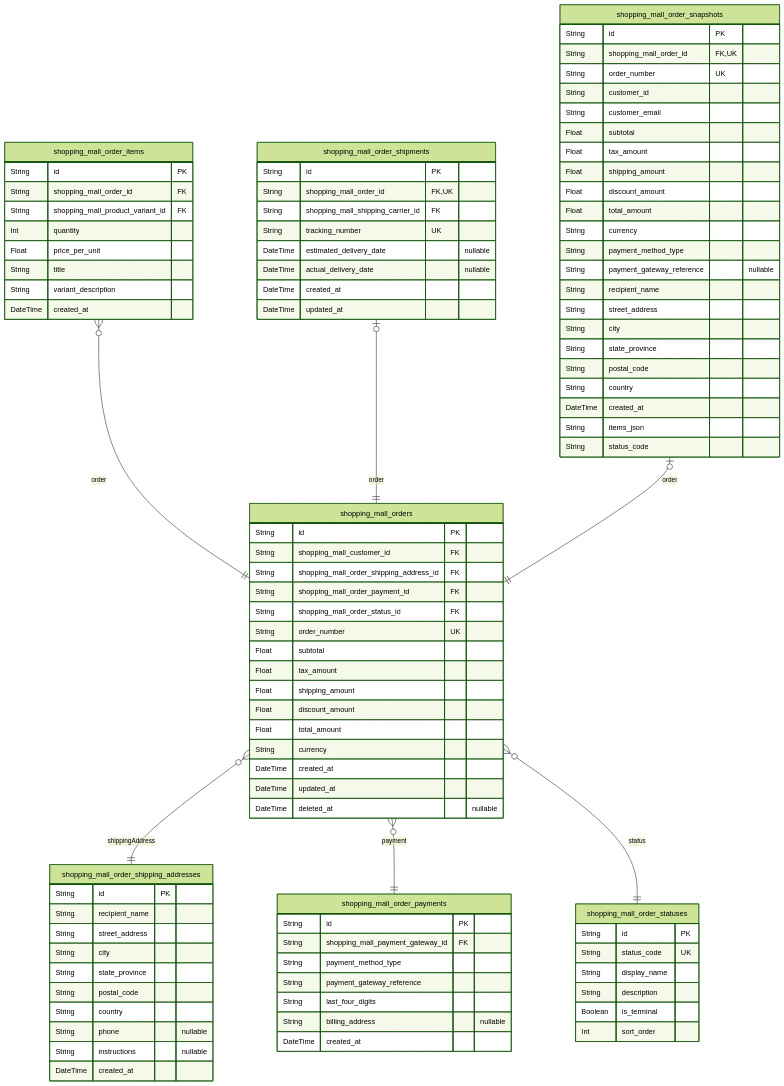
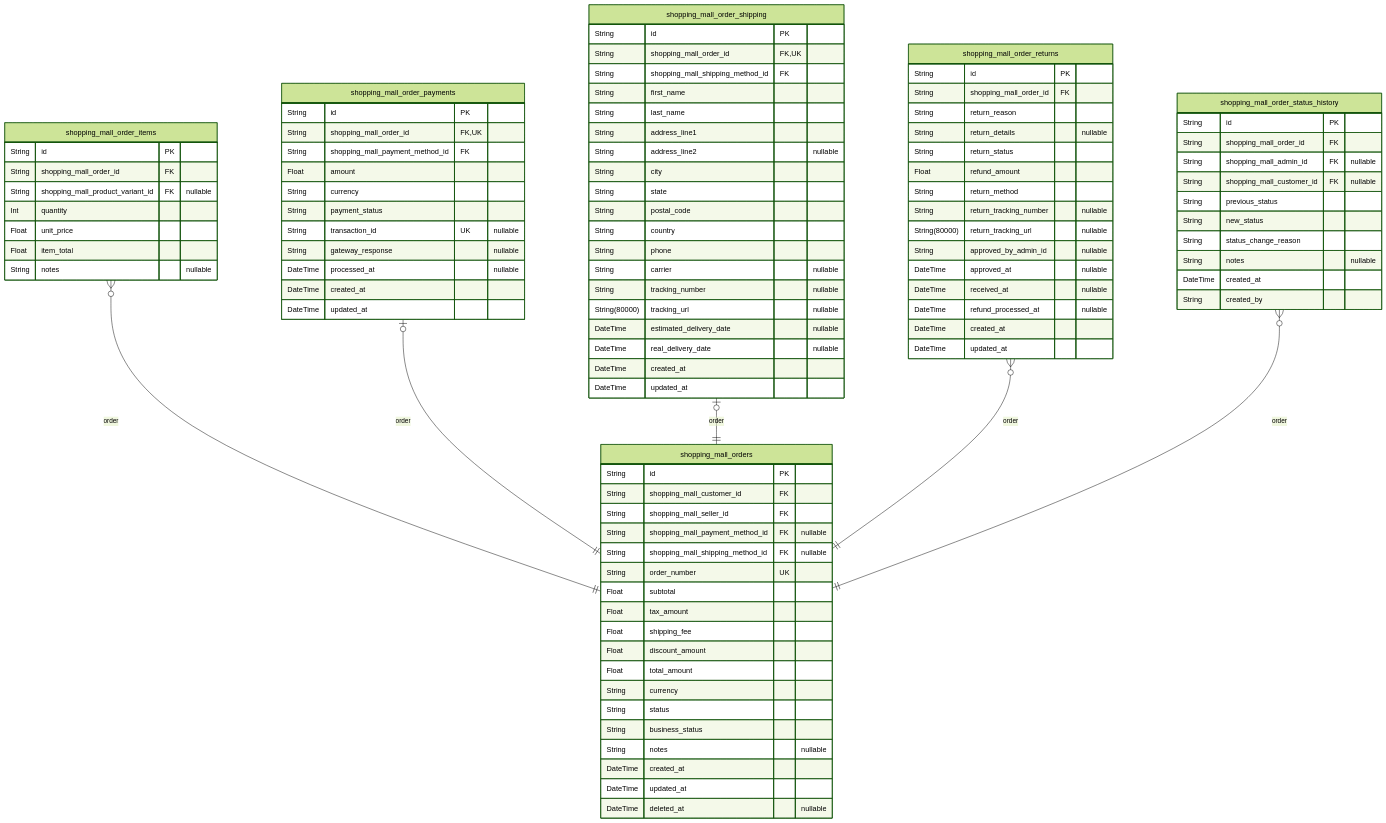
Before and after one commit to wrtnlabs/autobe-examples: the fifth of 10 diagrams in qwen/qwen3-next-80b-a3b-instruct/shopping/docs/ERD.md, drawn with Mermaid (forest theme). The commit also changed other lines of this file and 7173 other files, not shown here.

````diff
--- a/qwen/qwen3-next-80b-a3b-instruct/shopping/docs/ERD.md
+++ b/qwen/qwen3-next-80b-a3b-instruct/shopping/docs/ERD.md
@@ -1013,16 +1020,19 @@
 "shopping_mall_orders" {
   String id PK
   String shopping_mall_customer_id FK
-  String shopping_mall_order_shipping_address_id FK
-  String shopping_mall_order_payment_id FK
-  String shopping_mall_order_status_id FK
+  String shopping_mall_seller_id FK
+  String shopping_mall_payment_method_id FK "nullable"
+  String shopping_mall_shipping_method_id FK "nullable"
   String order_number UK
   Float subtotal
   Float tax_amount
-  Float shipping_amount
+  Float shipping_fee
   Float discount_amount
   Float total_amount
   String currency
+  String status
+  String business_status
+  String notes "nullable"
   DateTime created_at
   DateTime updated_at
   DateTime deleted_at "nullable"
@@ -1030,80 +1040,78 @@
 "shopping_mall_order_items" {
   String id PK
   String shopping_mall_order_id FK
-  String shopping_mall_product_variant_id FK
+  String shopping_mall_product_variant_id FK "nullable"
   Int quantity
-  Float price_per_unit
-  String title
-  String variant_description
-  DateTime created_at
+  Float unit_price
+  Float item_total
+  String notes "nullable"
 }
 "shopping_mall_order_payments" {
   String id PK
-  String shopping_mall_payment_gateway_id FK
-  String payment_method_type
-  String payment_gateway_reference
-  String last_four_digits
-  String billing_address "nullable"
-  DateTime created_at
-}
-"shopping_mall_order_shipping_addresses" {
-  String id PK
-  String recipient_name
-  String street_address
-  String city
-  String state_province
-  String postal_code
-  String country
-  String phone "nullable"
-  String instructions "nullable"
-  DateTime created_at
-}
-"shopping_mall_order_shipments" {
-  String id PK
   String shopping_mall_order_id FK,UK
-  String shopping_mall_shipping_carrier_id FK
-  String tracking_number UK
-  DateTime estimated_delivery_date "nullable"
-  DateTime actual_delivery_date "nullable"
+  String shopping_mall_payment_method_id FK
+  Float amount
+  String currency
+  String payment_status
+  String transaction_id UK "nullable"
+  String gateway_response "nullable"
+  DateTime processed_at "nullable"
   DateTime created_at
   DateTime updated_at
 }
-"shopping_mall_order_statuses" {
-  String id PK
-  String status_code UK
-  String display_name
-  String description
-  Boolean is_terminal
-  Int sort_order
-}
-"shopping_mall_order_snapshots" {
+"shopping_mall_order_shipping" {
   String id PK
   String shopping_mall_order_id FK,UK
-  String order_number UK
-  String customer_id
-  String customer_email
-  Float subtotal
-  Float tax_amount
-  Float shipping_amount
-  Float discount_amount
-  Float total_amount
-  String currency
-  String payment_method_type
-  String payment_gateway_reference "nullable"
-  String recipient_name
-  String street_address
+  String shopping_mall_shipping_method_id FK
+  String first_name
+  String last_name
+  String address_line1
+  String address_line2 "nullable"
   String city
-  String state_province
+  String state
   String postal_code
   String country
+  String phone
+  String carrier "nullable"
+  String tracking_number "nullable"
+  String(80000) tracking_url "nullable"
+  DateTime estimated_delivery_date "nullable"
+  DateTime real_delivery_date "nullable"
   DateTime created_at
-  String items_json
-  String status_code
+  DateTime updated_at
 }
-"shopping_mall_orders" }o--|| "shopping_mall_order_shipping_addresses" : shippingAddress
-"shopping_mall_orders" }o--|| "shopping_mall_order_payments" : payment
-"shopping_mall_orders" }o--|| "shopping_mall_order_statuses" : status
+"shopping_mall_order_returns" {
+  String id PK
+  String shopping_mall_order_id FK
+  String return_reason
+  String return_details "nullable"
+  String return_status
+  Float refund_amount
+  String return_method
+  String return_tracking_number "nullable"
+  String(80000) return_tracking_url "nullable"
+  String approved_by_admin_id "nullable"
+  DateTime approved_at "nullable"
+  DateTime received_at "nullable"
+  DateTime refund_processed_at "nullable"
+  DateTime created_at
+  DateTime updated_at
+}
+"shopping_mall_order_status_history" {
+  String id PK
+  String shopping_mall_order_id FK
+  String shopping_mall_admin_id FK "nullable"
+  String shopping_mall_customer_id FK "nullable"
+  String previous_status
+  String new_status
+  String status_change_reason
+  String notes "nullable"
+  DateTime created_at
+  String created_by
+}
 "shopping_mall_order_items" }o--|| "shopping_mall_orders" : order
-"shopping_mall_order_shipments" |o--|| "shopping_mall_orders" : order
-"shopping_mall_order_snapshots" |o--|| "shopping_mall_orders" : order
+"shopping_mall_order_payments" |o--|| "shopping_mall_orders" : order
+"shopping_mall_order_shipping" |o--|| "shopping_mall_orders" : order
+"shopping_mall_order_returns" }o--|| "shopping_mall_orders" : order
+"shopping_mall_order_status_history" }o--|| "shopping_mall_orders" : order
 ```
````
